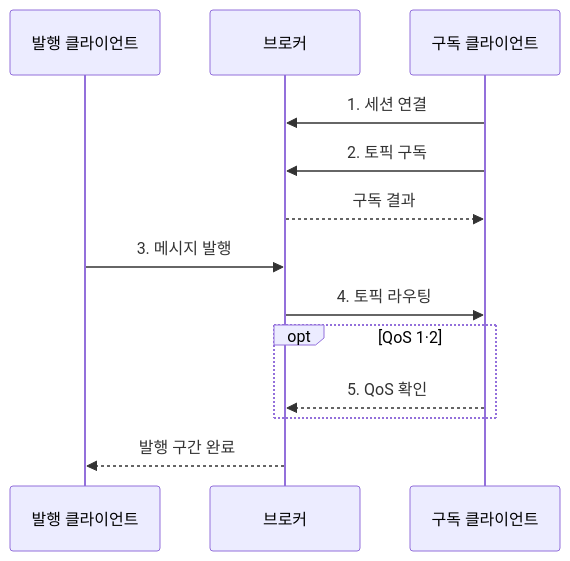
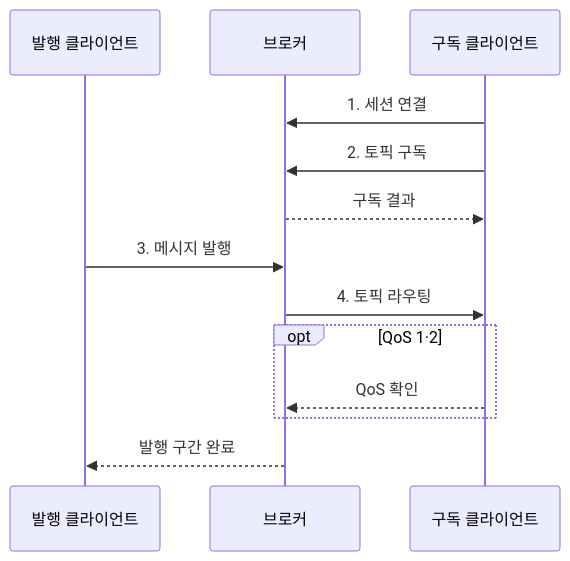
One commit to agnusdei1207/knowledge-base changed the second of 2 diagrams in src/content/docs/notes/04-network/078_mqtt.md. Above: the diagram before and after it, drawn with Mermaid. The commit also changed other lines of this file and 6 other files, not shown here.

````diff
--- a/src/content/docs/notes/04-network/078_mqtt.md
+++ b/src/content/docs/notes/04-network/078_mqtt.md
@@ -93,15 +93,15 @@
 ```mermaid
 sequenceDiagram
     participant P as 발행 클라이언트
     participant B as 브로커
     participant S as 구독 클라이언트
     S->>B: 1. 세션 연결
     S->>B: 2. 토픽 구독
     B-->>S: 구독 결과
     P->>B: 3. 메시지 발행
     B->>S: 4. 토픽 라우팅
     opt QoS 1·2
-        S-->>B: 5. QoS 확인
+        S-->>B: QoS 확인
     end
     B-->>P: 발행 구간 완료
 ```
````
